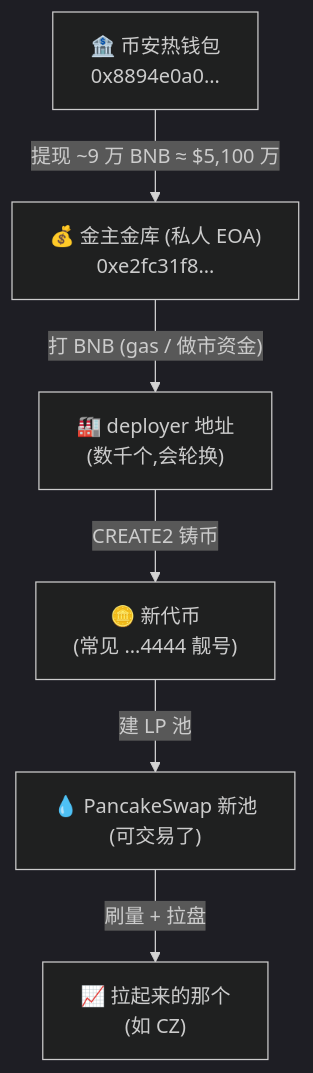
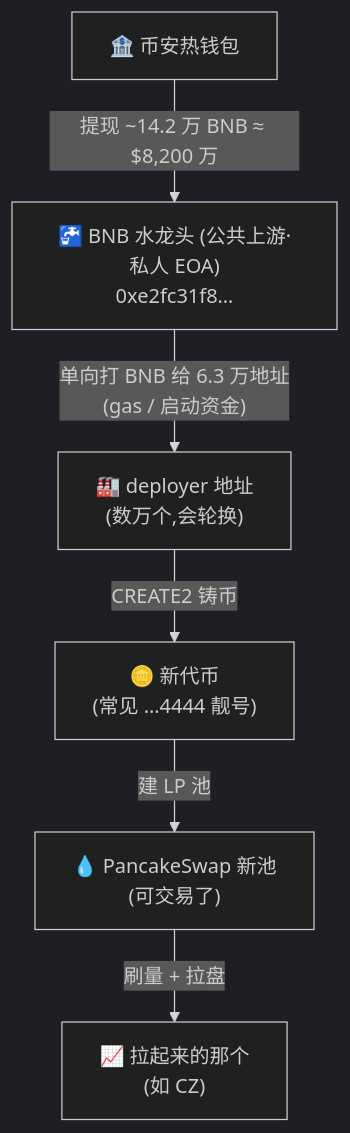
One commit to minner-fun/onchain-token-monitor-for-cz changed the first of 3 diagrams in docs/监控体系-如何定位发币地址.md. Above: the diagram before and after it, drawn with Mermaid (dark theme). The commit also changed other lines of this file and 3 other files, not shown here.

First line of the commit message:
更正 0xe2fc 定性:从「$5100万主谋金主」→ 币安供血的公共 BNB 水龙头(分发给6.3万地址)

````diff
--- a/docs/监控体系-如何定位发币地址.md
+++ b/docs/监控体系-如何定位发币地址.md
@@ -9,8 +11,8 @@
 ```mermaid
 flowchart TD
-    BIN["🏦 币安热钱包<br/>0x8894e0a0…"] -->|"提现 ~9 万 BNB ≈ $5,100 万"| PM["💰 金主金库 (私人 EOA)<br/>0xe2fc31f8…"]
-    PM -->|"打 BNB (gas / 做市资金)"| DEP["🏭 deployer 地址<br/>(数千个,会轮换)"]
+    BIN["🏦 币安热钱包"] -->|"提现 ~14.2 万 BNB ≈ $8,200 万"| PM["🚰 BNB 水龙头 (公共上游·私人 EOA)<br/>0xe2fc31f8…"]
+    PM -->|"单向打 BNB 给 6.3 万地址<br/>(gas / 启动资金)"| DEP["🏭 deployer 地址<br/>(数万个,会轮换)"]
     DEP -->|"CREATE2 铸币"| TOK["🪙 新代币<br/>(常见 …4444 靓号)"]
     TOK -->|"建 LP 池"| POOL["💧 PancakeSwap 新池<br/>(可交易了)"]
     POOL -->|"刷量 + 拉盘"| PUMP["📈 拉起来的那个<br/>(如 CZ)"]
 ```
````
